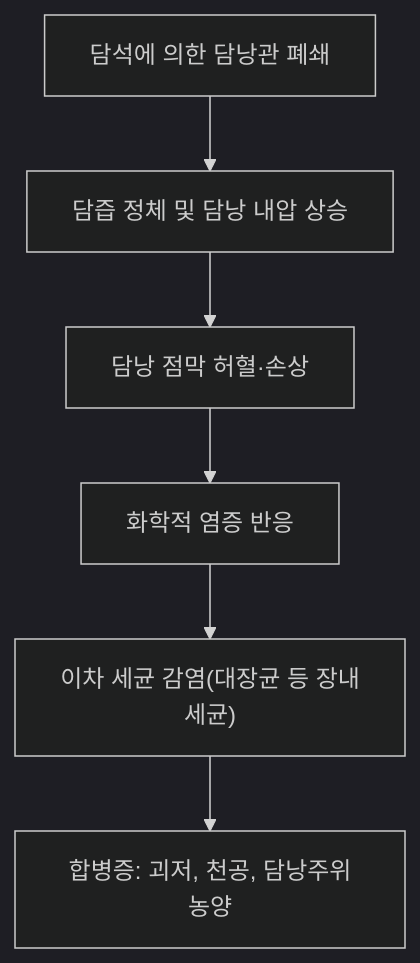
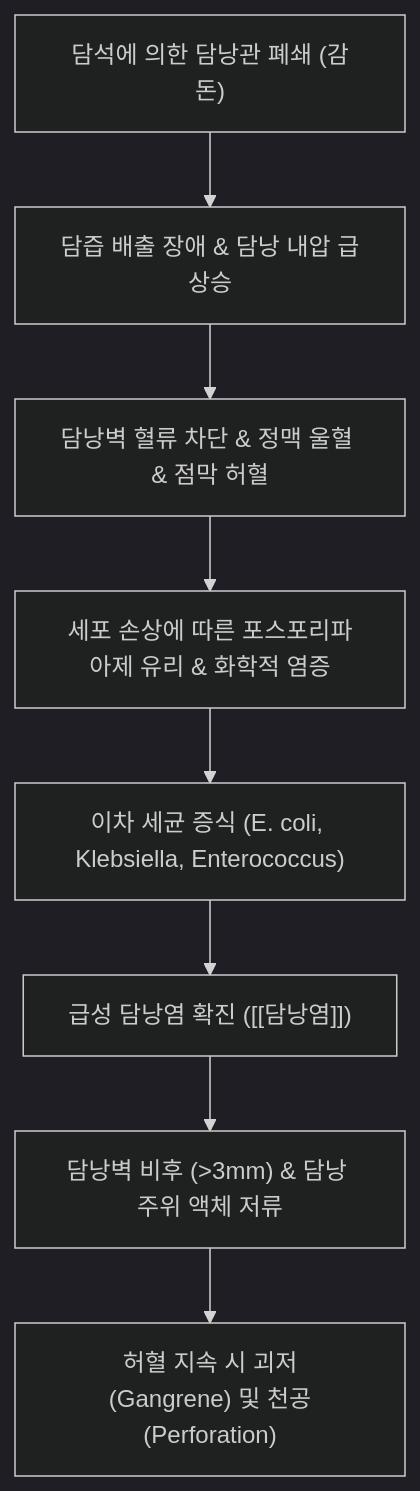
Before and after one commit to simbio11/simbio-digital-garden2: the diagram in content/3. 이론 공부/질환/간 질환/담낭염.md, drawn with Mermaid (dark theme). The commit also changed other lines of this file and 124 other files, not shown here.

````diff
--- a/content/3. 이론 공부/질환/간 질환/담낭염.md
+++ b/content/3. 이론 공부/질환/간 질환/담낭염.md
@@ -43,8 +55,10 @@
 ```mermaid
 graph TD
-    Stone["담석에 의한 담낭관 폐쇄"] --> Stasis["담즙 정체 및 담낭 내압 상승"]
-    Stasis --> Ischemia["담낭 점막 허혈·손상"]
-    Ischemia --> Inflam["화학적 염증 반응"]
-    Inflam --> Infection["이차 세균 감염(대장균 등 장내세균)"]
-    Infection --> Complication["합병증: 괴저, 천공, 담낭주위농양"]
+    Stone["담석에 의한 담낭관 폐쇄 (감돈)"] --> Stasis["담즙 배출 장애 & 담낭 내압 급상승"]
+    Stasis --> Ischemia["담낭벽 혈류 차단 & 정맥 울혈 & 점막 허혈"]
+    Ischemia --> Phospholipase["세포 손상에 따른 포스포리파아제 유리 & 화학적 염증"]
+    Phospholipase --> BacterialInfection["이차 세균 증식 (E. coli, Klebsiella, Enterococcus)"]
+    BacterialInfection --> AcuteCholecystitis["급성 담낭염 확진 ([[담낭염]])"]
+    AcuteCholecystitis --> WallThickening["담낭벽 비후 (>3mm) & 담낭 주위 액체 저류"]
+    WallThickening --> NecrosisPerforation["허혈 지속 시 괴저(Gangrene) 및 천공(Perforation)"]
 ```
````
